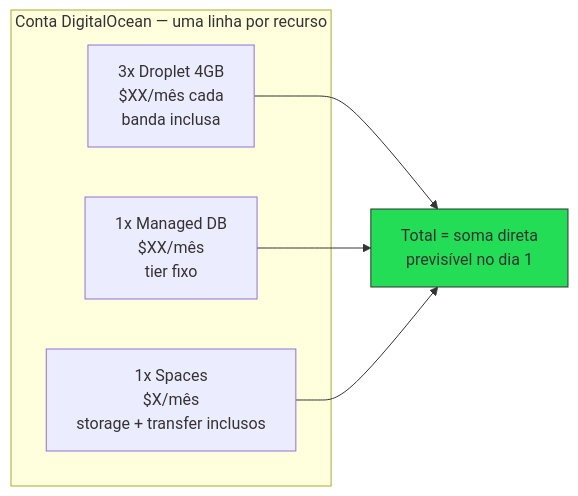
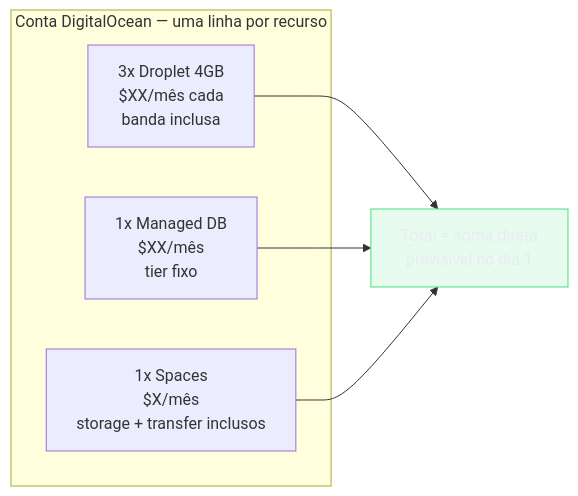
The first of 4 diagrams in 03-Dominios/Tecnologia/Cloud/22 - DigitalOcean a fundo/03 - Pricing previsível como diferencial.md (josenaldo/codex-technomanticus), drawn with Mermaid before and after one commit. The commit also changed other lines of this file and 1181 other files, not shown here.

First line of the commit message:
fix(diagramas): paleta do sistema no lugar de cor cravada no markdown

````diff
--- a/03-Dominios/Tecnologia/Cloud/22 - DigitalOcean a fundo/03 - Pricing previsível como diferencial.md
+++ b/03-Dominios/Tecnologia/Cloud/22 - DigitalOcean a fundo/03 - Pricing previsível como diferencial.md
@@ -47,13 +47,14 @@
 ```mermaid
 flowchart LR
+    classDef ok fill:#4ADE8021,stroke:#4ADE80,color:#E9ECF2
     subgraph DO["Conta DigitalOcean — uma linha por recurso"]
         D1["3x Droplet 4GB<br/>$XX/mês cada<br/>banda inclusa"]
         D2["1x Managed DB<br/>$XX/mês<br/>tier fixo"]
         D3["1x Spaces<br/>$X/mês<br/>storage + transfer inclusos"]
     end
     D1 --> T["Total = soma direta<br/>previsível no dia 1"]
     D2 --> T
     D3 --> T
 
-    style T fill:#2d5,stroke:#333
+    class T ok
 ```
````
